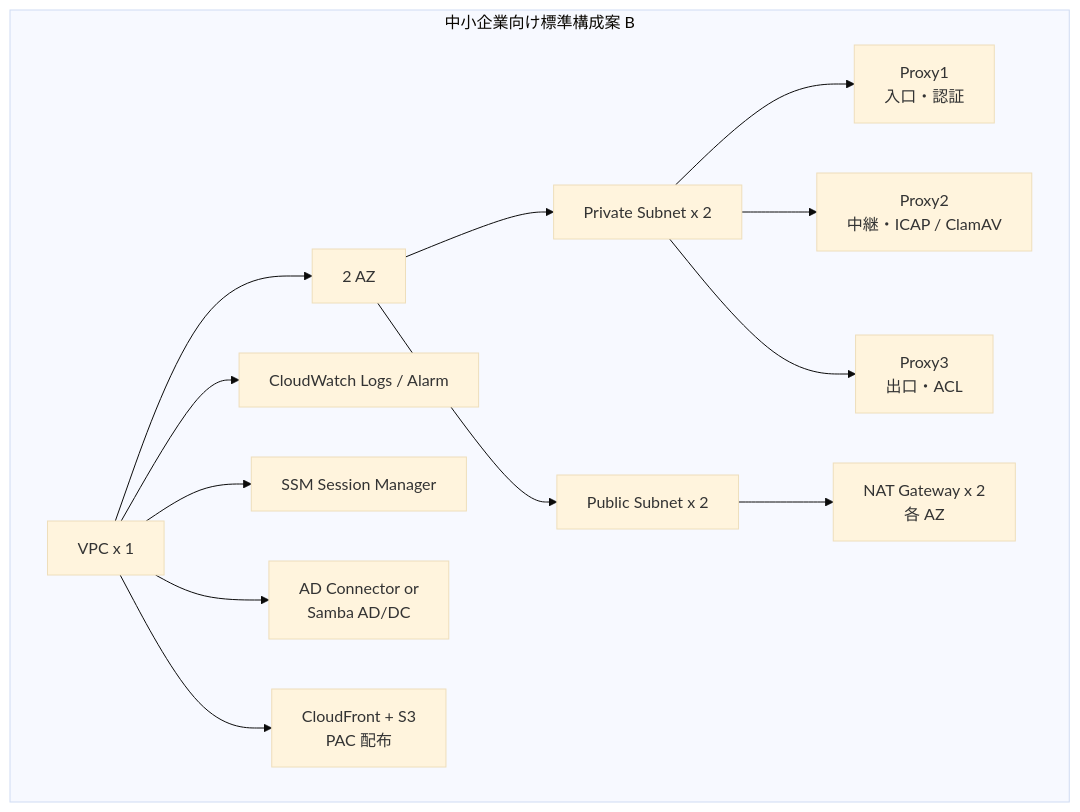
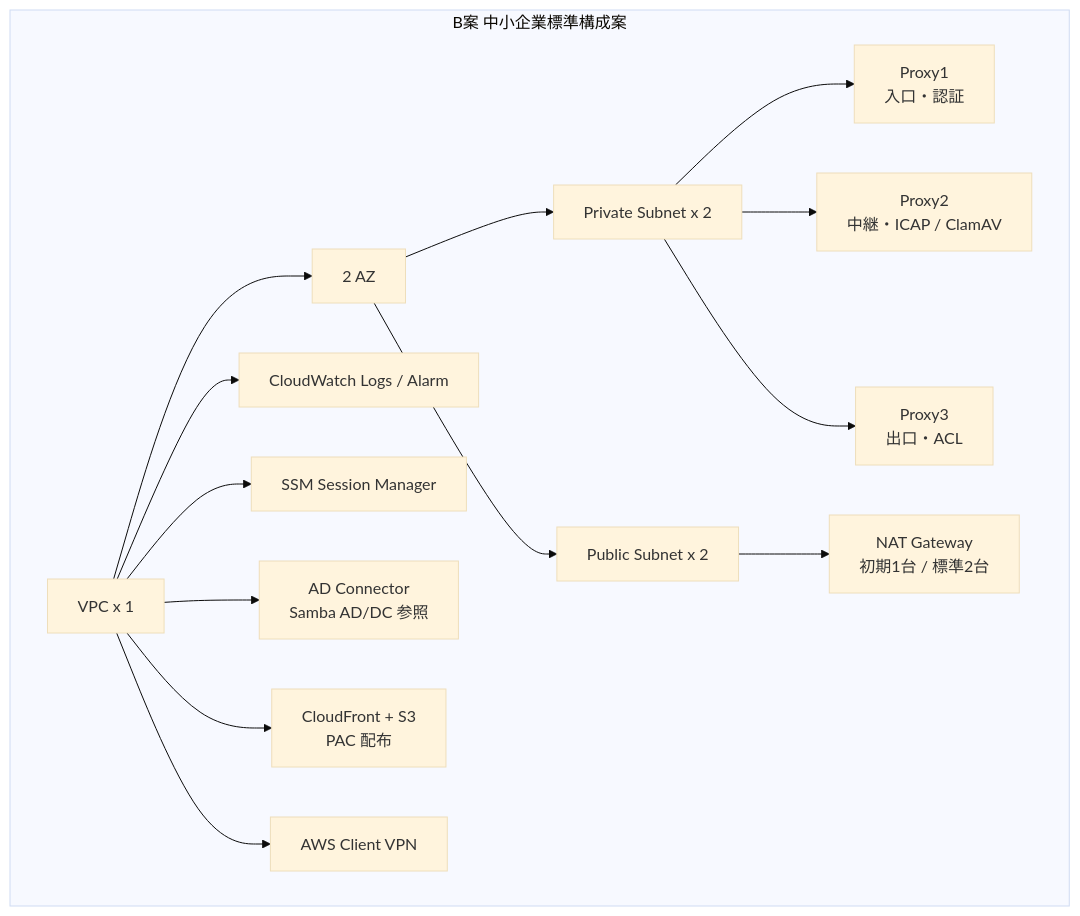
The first of 3 diagrams in aws-deployment-plan.md (Tanasu0417/code-of-life-public), drawn with Mermaid (base theme) before and after one commit. The commit also changed other lines of this file, not shown here.

First line of the commit message:
refactor: improve AWS migration design portfolio

````diff
--- a/aws-deployment-plan.md
+++ b/aws-deployment-plan.md
@@ -134,16 +115,17 @@
 ```mermaid
 graph TB
-    subgraph INIT[中小企業向け標準構成案 B]
+    subgraph B[B案 中小企業標準構成案]
         VPC1[VPC x 1] --> AZ[2 AZ]
         AZ --> PUB[Public Subnet x 2]
         AZ --> PRV[Private Subnet x 2]
         PRV --> P1[Proxy1<br/>入口・認証]
         PRV --> P2[Proxy2<br/>中継・ICAP / ClamAV]
         PRV --> P3[Proxy3<br/>出口・ACL]
-        PUB --> NAT1[NAT Gateway x 2<br/>各 AZ]
+        PUB --> NAT1[NAT Gateway<br/>初期1台 / 標準2台]
         VPC1 --> CW[CloudWatch Logs / Alarm]
         VPC1 --> SSM[SSM Session Manager]
-        VPC1 --> AD[AD Connector or<br/>Samba AD/DC]
+        VPC1 --> AD[AD Connector<br/>Samba AD/DC 参照]
         VPC1 --> PAC[CloudFront + S3<br/>PAC 配布]
+        VPC1 --> VPN[AWS Client VPN]
     end
 ```
````
